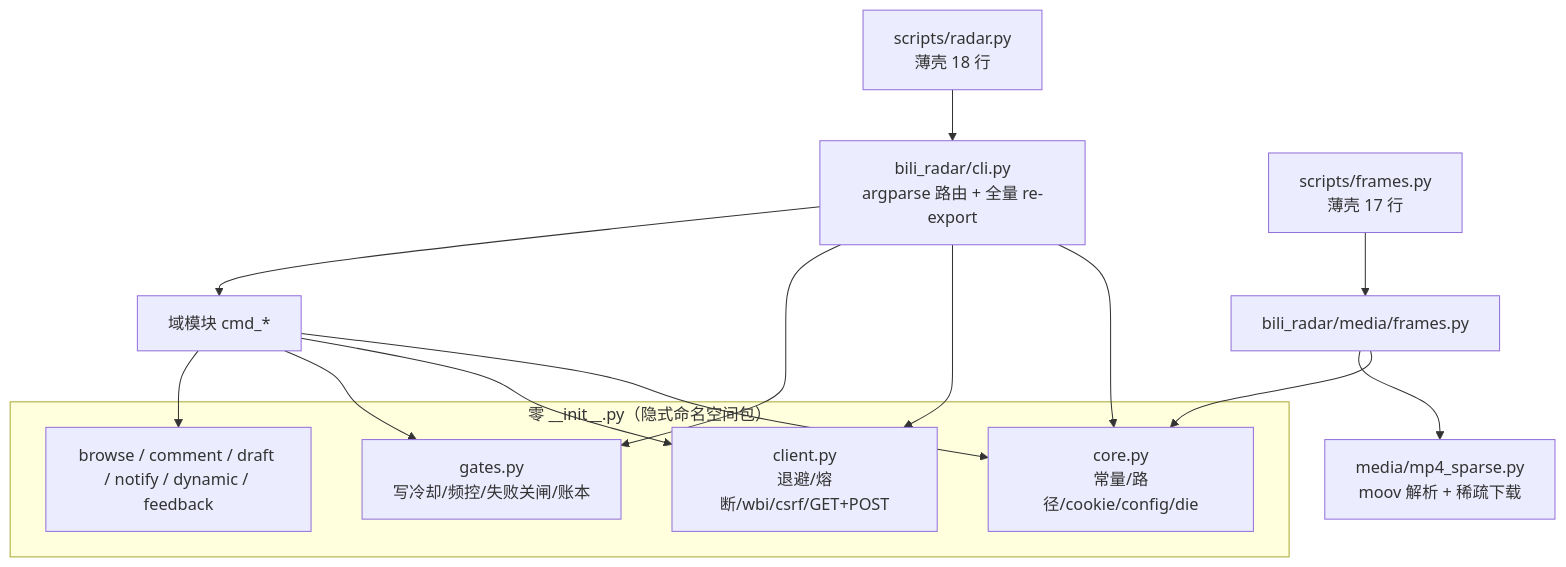
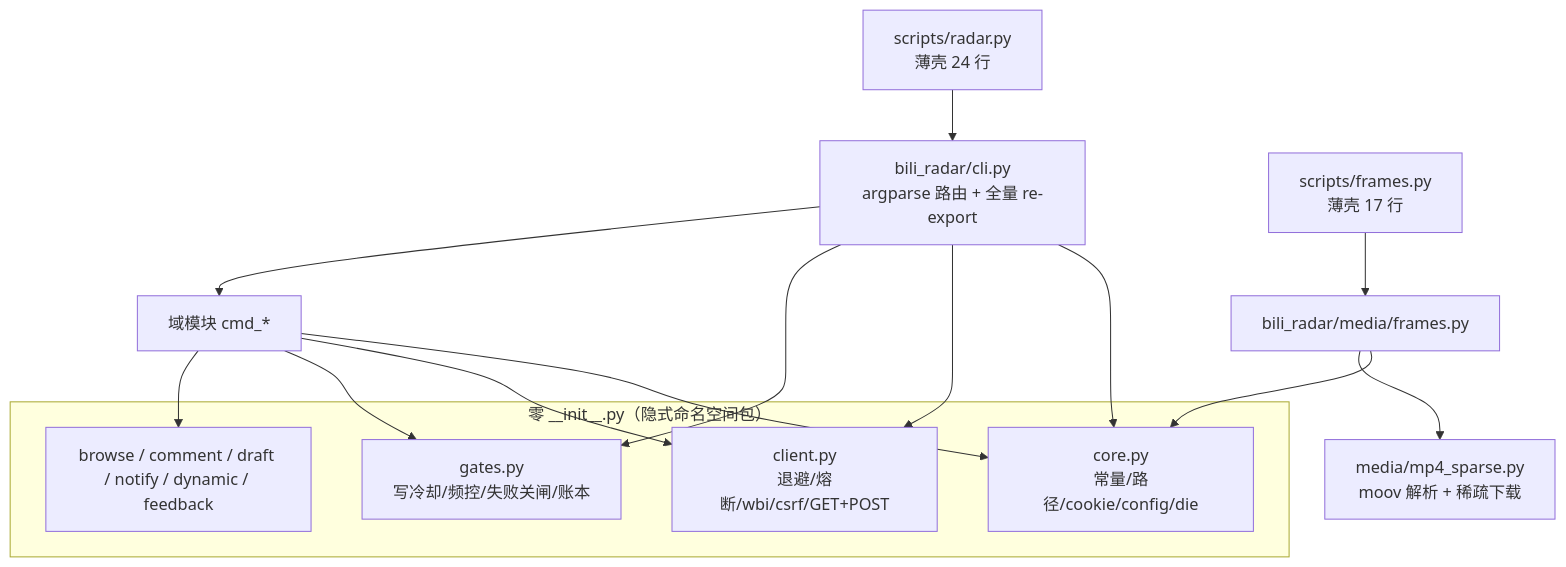
Before and after one commit to yehuoshun/interest-radar: the diagram in AGENT.md, drawn with Mermaid. The commit also changed other lines of this file and 2 other files, not shown here.

Commit message:
scripts: 入口脚本把 stdout/stderr 切成 UTF-8(Windows 默认 GBK 时 notify 遇 U+00A0 直接 UnicodeEncodeError 崩掉、plan.py 中文输出乱码)

````diff
--- a/AGENT.md
+++ b/AGENT.md
@@ -29,21 +29,21 @@
 ```mermaid
 graph TD
-  A["scripts/radar.py<br/>薄壳 18 行"] --> B["bili_radar/cli.py<br/>argparse 路由 + 全量 re-export"]
+  A["scripts/radar.py<br/>薄壳 24 行"] --> B["bili_radar/cli.py<br/>argparse 路由 + 全量 re-export"]
   A2["scripts/frames.py<br/>薄壳 17 行"] --> M1["bili_radar/media/frames.py"]
   B --> C["core.py<br/>常量/路径/cookie/config/die"]
   B --> D["client.py<br/>退避/熔断/wbi/csrf/GET+POST"]
   B --> E["gates.py<br/>写冷却/频控/失败关闸/账本"]
   B --> F["域模块 cmd_*"]
   F --> C
   F --> D
   F --> E
   F --> G["browse / comment / draft / notify / dynamic / feedback"]
   M1 --> C
   M1 --> M2["media/mp4_sparse.py<br/>moov 解析 + 稀疏下载"]
   subgraph "零 __init__.py（隐式命名空间包）"
     C
     D
     E
     G
   end
 ```
````
